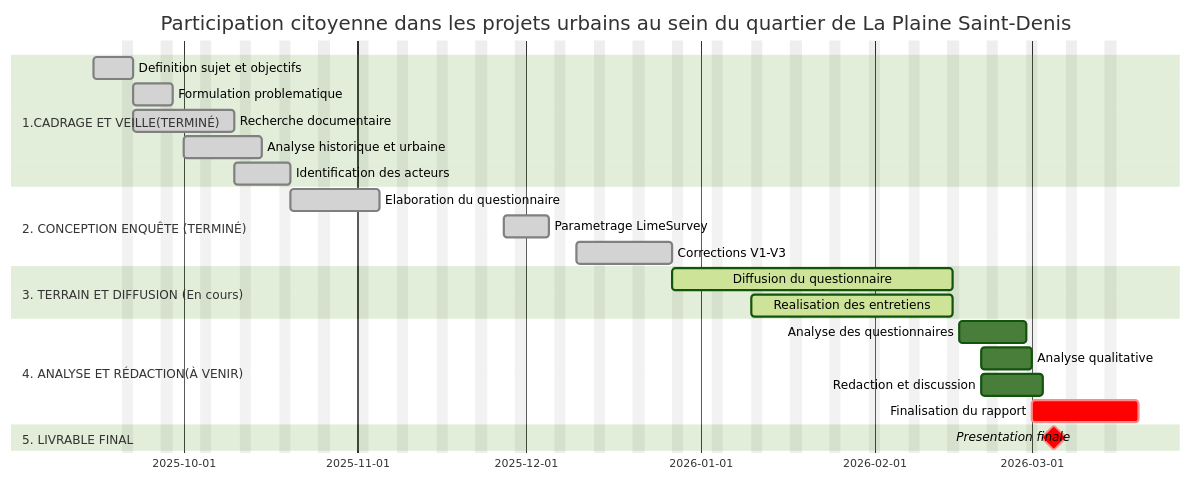
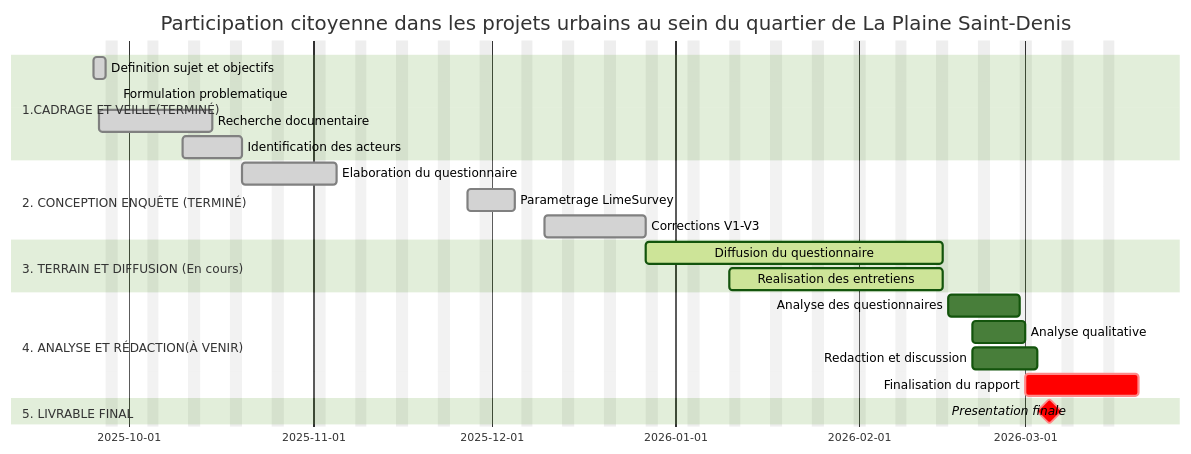
One commit to kahiarchi/LeBatiment_PlaineSaintDenis changed the diagram in etatAvancement.md. Above: the diagram before and after it, drawn with Mermaid (forest theme).

````diff
--- a/etatAvancement.md
+++ b/etatAvancement.md
@@ -1,31 +1,30 @@
 ```mermaid
 gantt
     dateFormat  YYYY-MM-DD
     title Participation citoyenne dans les projets urbains au sein du quartier de La Plaine Saint-Denis
     excludes weekends
 
     section 1.CADRAGE ET VEILLE(TERMINÉ)
-    Definition sujet et objectifs    :done, t1, 2025-09-15, 2025-09-22
-    Formulation problematique        :done, t2, 2025-09-22, 2025-09-29
-    Recherche documentaire           :done, t3, 2025-09-22, 2025-10-10
-    Analyse historique et urbaine    :done, t5, 2025-10-01, 2025-10-15
+    Definition sujet et objectifs    :done, t1, 2025-09-25, 2025-09-27
+    Formulation problematique        :done, t2, 2025-09-29, 2025-09-29
+    Recherche documentaire           :done, t3, 2025-09-26, 2025-10-15
     Identification des acteurs       :done, t6, 2025-10-10, 2025-10-20
 
     section 2. CONCEPTION ENQUÊTE (TERMINÉ)
     Elaboration du questionnaire     :done, t7, 2025-10-20, 2025-11-05
     Parametrage LimeSurvey           :done, t8, 2025-11-27, 2025-12-05
     Corrections V1-V3                :done, t9, 2025-12-10, 2025-12-27
 
     section 3. TERRAIN ET DIFFUSION (En cours)
     Diffusion du questionnaire       :active, t12, 2025-12-27, 2026-02-15
     Realisation des entretiens       :active, t15, 2026-01-10, 2026-02-15
 
     section 4. ANALYSE ET RÉDACTION(À VENIR)
     Analyse des questionnaires       :t16, 2026-02-16, 2026-02-28
     Analyse qualitative              :t17, 2026-02-20, 2026-03-01
     Redaction et discussion          :t18, 2026-02-20, 2026-03-03
     Finalisation du rapport          :crit, t19, 2026-03-01, 2026-03-20
 
     section 5. LIVRABLE FINAL
     Presentation finale              :crit, milestone, 2026-03-05, 0d
 ```
````
